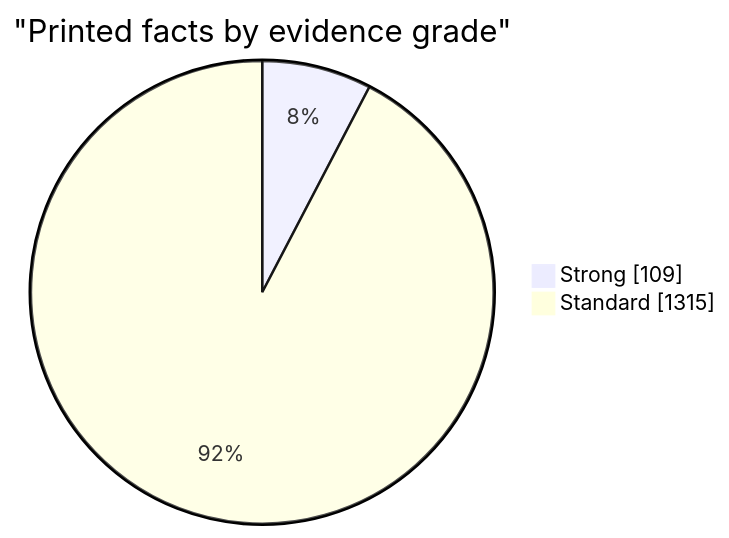
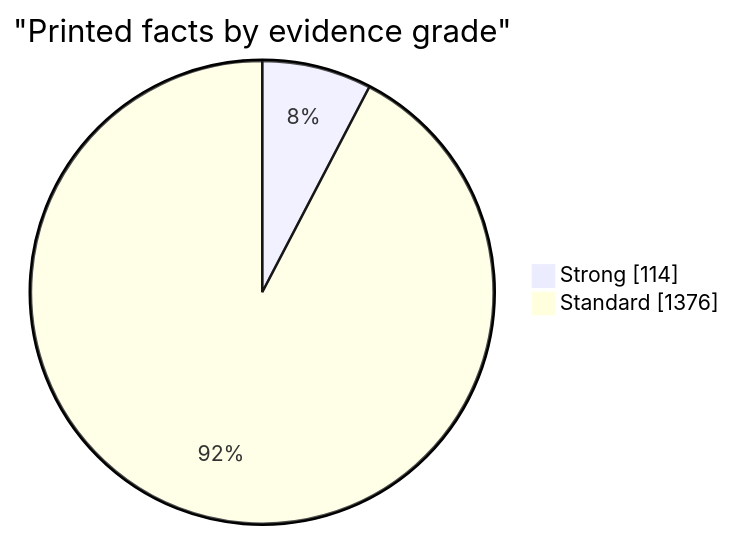
One commit to EU27-data-sovereignty/eu27-data-sovereignty changed the first of 5 diagrams in docs/evidence.md. Above: the diagram before and after it, drawn with Mermaid. The commit also changed other lines of this file and 92 other files, not shown here.

````diff
--- a/docs/evidence.md
+++ b/docs/evidence.md
@@ -18,6 +18,6 @@
 ```mermaid
 pie showData
   title "Printed facts by evidence grade"
-  "Strong" : 109
-  "Standard" : 1315
+  "Strong" : 114
+  "Standard" : 1376
 ```
````
